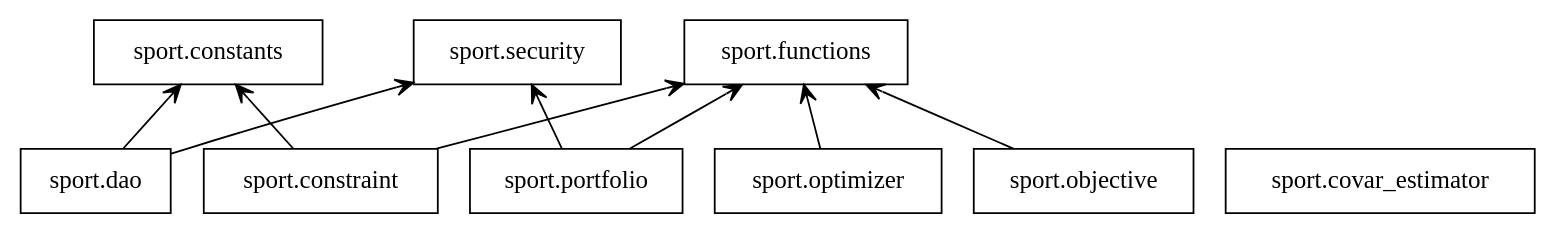
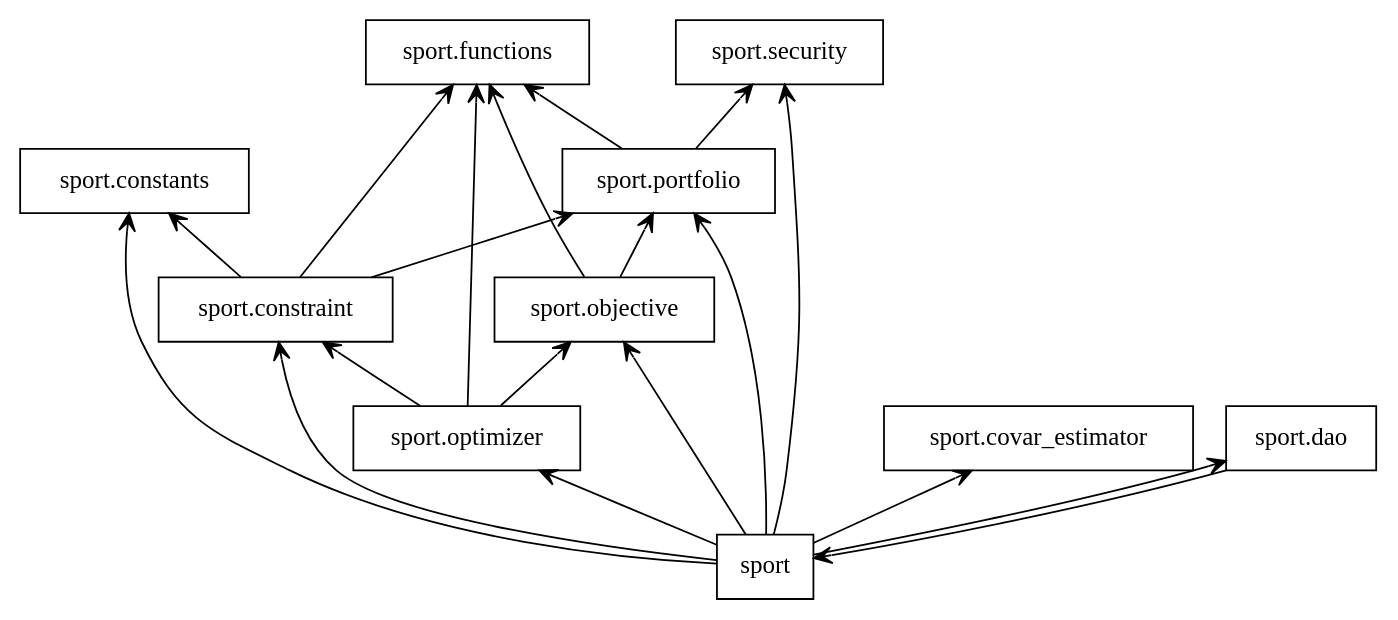
One commit to quantsummaries/sport changed the diagram in docs/packages.dot. Above: the diagram before and after it, drawn with Graphviz. The commit also changed 40 other files, not shown here.

```diff
--- a/docs/packages.dot
+++ b/docs/packages.dot
@@ -1,21 +1,33 @@
 digraph "packages" {
 rankdir=BT
 charset="utf-8"
+"sport" [color="black", label=<sport>, shape="box", style="solid"];
 "sport.constants" [color="black", label=<sport.constants>, shape="box", style="solid"];
 "sport.constraint" [color="black", label=<sport.constraint>, shape="box", style="solid"];
 "sport.covar_estimator" [color="black", label=<sport.covar_estimator>, shape="box", style="solid"];
 "sport.dao" [color="black", label=<sport.dao>, shape="box", style="solid"];
 "sport.functions" [color="black", label=<sport.functions>, shape="box", style="solid"];
 "sport.objective" [color="black", label=<sport.objective>, shape="box", style="solid"];
 "sport.optimizer" [color="black", label=<sport.optimizer>, shape="box", style="solid"];
 "sport.portfolio" [color="black", label=<sport.portfolio>, shape="box", style="solid"];
 "sport.security" [color="black", label=<sport.security>, shape="box", style="solid"];
+"sport" -> "sport.constants" [arrowhead="open", arrowtail="none"];
+"sport" -> "sport.constraint" [arrowhead="open", arrowtail="none"];
+"sport" -> "sport.covar_estimator" [arrowhead="open", arrowtail="none"];
+"sport" -> "sport.dao" [arrowhead="open", arrowtail="none"];
+"sport" -> "sport.objective" [arrowhead="open", arrowtail="none"];
+"sport" -> "sport.optimizer" [arrowhead="open", arrowtail="none"];
+"sport" -> "sport.portfolio" [arrowhead="open", arrowtail="none"];
+"sport" -> "sport.security" [arrowhead="open", arrowtail="none"];
 "sport.constraint" -> "sport.constants" [arrowhead="open", arrowtail="none"];
 "sport.constraint" -> "sport.functions" [arrowhead="open", arrowtail="none"];
-"sport.dao" -> "sport.constants" [arrowhead="open", arrowtail="none"];
-"sport.dao" -> "sport.security" [arrowhead="open", arrowtail="none"];
+"sport.constraint" -> "sport.portfolio" [arrowhead="open", arrowtail="none"];
+"sport.dao" -> "sport" [arrowhead="open", arrowtail="none"];
 "sport.objective" -> "sport.functions" [arrowhead="open", arrowtail="none"];
+"sport.objective" -> "sport.portfolio" [arrowhead="open", arrowtail="none"];
+"sport.optimizer" -> "sport.constraint" [arrowhead="open", arrowtail="none"];
 "sport.optimizer" -> "sport.functions" [arrowhead="open", arrowtail="none"];
+"sport.optimizer" -> "sport.objective" [arrowhead="open", arrowtail="none"];
 "sport.portfolio" -> "sport.functions" [arrowhead="open", arrowtail="none"];
 "sport.portfolio" -> "sport.security" [arrowhead="open", arrowtail="none"];
 }
```
